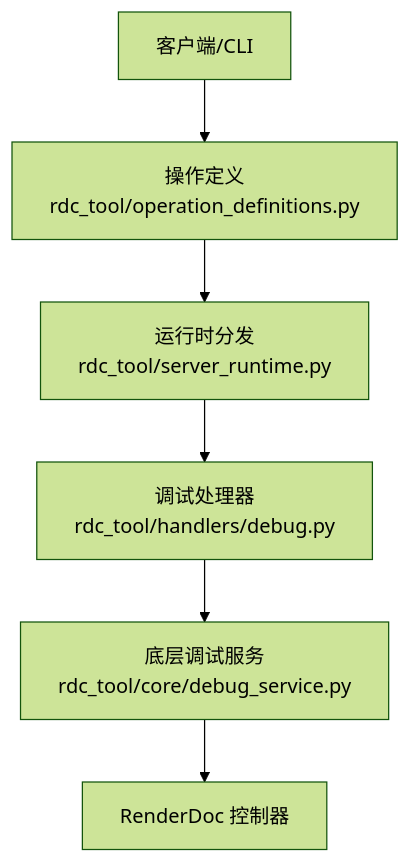
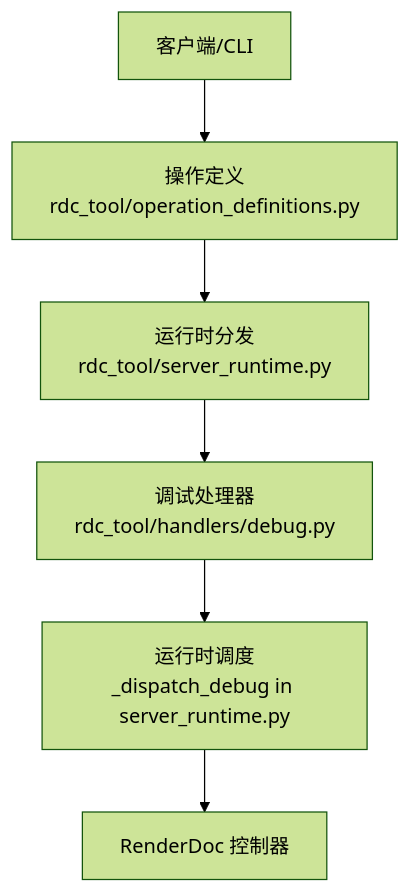
Before and after one commit to haolange/RDC-Tool: the first of 8 diagrams in .qoder/repowiki/zh/content/API规范/Shader调试API.md, drawn with Mermaid (forest theme). The commit also changed other lines of this file and 79 other files, not shown here.

````diff
--- a/.qoder/repowiki/zh/content/API规范/Shader调试API.md
+++ b/.qoder/repowiki/zh/content/API规范/Shader调试API.md
@@ -38,8 +46,8 @@
 ```mermaid
 graph TB
 A["客户端/CLI"] --> B["操作定义<br/>rdc_tool/operation_definitions.py"]
 B --> C["运行时分发<br/>rdc_tool/server_runtime.py"]
 C --> D["调试处理器<br/>rdc_tool/handlers/debug.py"]
-D --> E["底层调试服务<br/>rdc_tool/core/debug_service.py"]
+D --> E["运行时调度<br/>_dispatch_debug in server_runtime.py"]
 E --> F["RenderDoc 控制器"]
 ```
````
